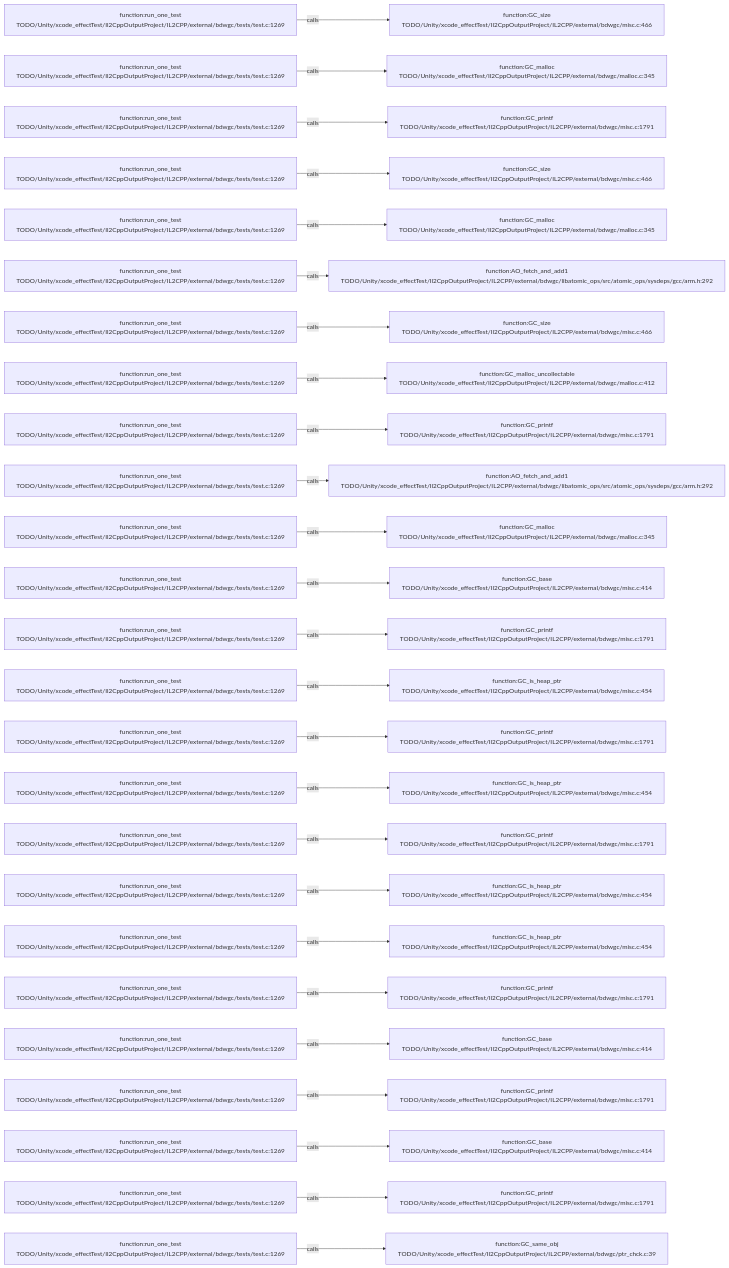
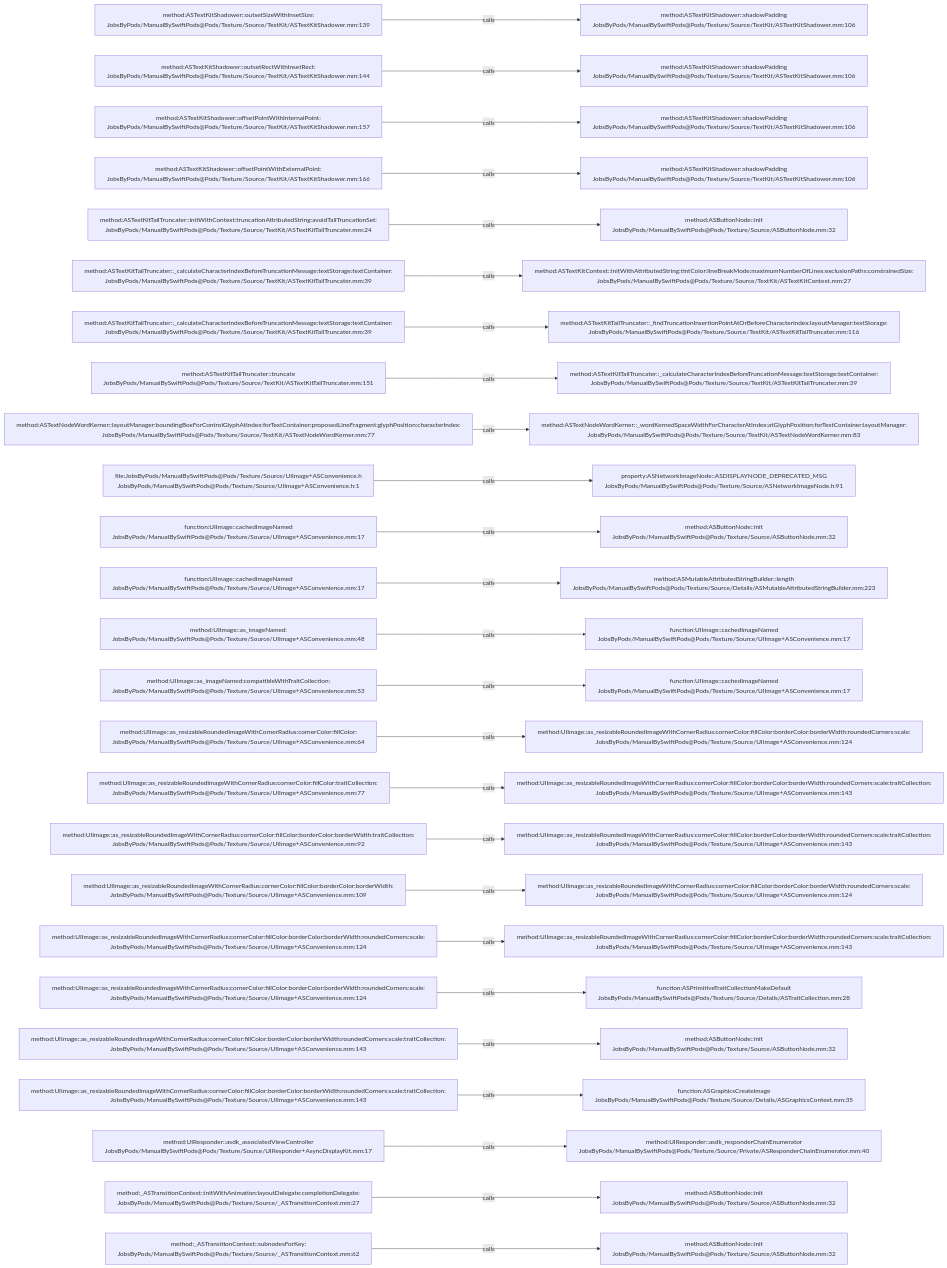
One commit to JobsKits/JobsSwiftBaseConfigDemo changed the diagram in .codegraph/codegraph.md/graphs/calls-170.md. Above: the diagram before and after it, drawn with Mermaid. The commit also changed 2959 other files, not shown here.

````diff
--- a/.codegraph/codegraph.md/graphs/calls-170.md
+++ b/.codegraph/codegraph.md/graphs/calls-170.md
@@ -13,78 +13,78 @@
 ```mermaid
 flowchart LR
-  S1["function:run_one_test<br/>TODO/Unity/xcode_effectTest/Il2CppOutputProject/IL2CPP/external/bdwgc/tests/test.c:1269"]
-  T1["function:GC_size<br/>TODO/Unity/xcode_effectTest/Il2CppOutputProject/IL2CPP/external/bdwgc/misc.c:466"]
+  S1["method:ASTextKitShadower::outsetSizeWithInsetSize:<br/>JobsByPods/ManualBySwiftPods@Pods/Texture/Source/TextKit/ASTextKitShadower.mm:139"]
+  T1["method:ASTextKitShadower::shadowPadding<br/>JobsByPods/ManualBySwiftPods@Pods/Texture/Source/TextKit/ASTextKitShadower.mm:106"]
   S1 -->|calls| T1
-  S2["function:run_one_test<br/>TODO/Unity/xcode_effectTest/Il2CppOutputProject/IL2CPP/external/bdwgc/tests/test.c:1269"]
-  T2["function:GC_malloc<br/>TODO/Unity/xcode_effectTest/Il2CppOutputProject/IL2CPP/external/bdwgc/malloc.c:345"]
+  S2["method:ASTextKitShadower::outsetRectWithInsetRect:<br/>JobsByPods/ManualBySwiftPods@Pods/Texture/Source/TextKit/ASTextKitShadower.mm:144"]
+  T2["method:ASTextKitShadower::shadowPadding<br/>JobsByPods/ManualBySwiftPods@Pods/Texture/Source/TextKit/ASTextKitShadower.mm:106"]
   S2 -->|calls| T2
-  S3["function:run_one_test<br/>TODO/Unity/xcode_effectTest/Il2CppOutputProject/IL2CPP/external/bdwgc/tests/test.c:1269"]
-  T3["function:GC_printf<br/>TODO/Unity/xcode_effectTest/Il2CppOutputProject/IL2CPP/external/bdwgc/misc.c:1791"]
+  S3["method:ASTextKitShadower::offsetPointWithInternalPoint:<br/>JobsByPods/ManualBySwiftPods@Pods/Texture/Source/TextKit/ASTextKitShadower.mm:157"]
+  T3["method:ASTextKitShadower::shadowPadding<br/>JobsByPods/ManualBySwiftPods@Pods/Texture/Source/TextKit/ASTextKitShadower.mm:106"]
   S3 -->|calls| T3
-  S4["function:run_one_test<br/>TODO/Unity/xcode_effectTest/Il2CppOutputProject/IL2CPP/external/bdwgc/tests/test.c:1269"]
-  T4["function:GC_size<br/>TODO/Unity/xcode_effectTest/Il2CppOutputProject/IL2CPP/external/bdwgc/misc.c:466"]
+  S4["method:ASTextKitShadower::offsetPointWithExternalPoint:<br/>JobsByPods/ManualBySwiftPods@Pods/Texture/Source/TextKit/ASTextKitShadower.mm:166"]
+  T4["method:ASTextKitShadower::shadowPadding<br/>JobsByPods/ManualBySwiftPods@Pods/Texture/Source/TextKit/ASTextKitShadower.mm:106"]
   S4 -->|calls| T4
-  S5["function:run_one_test<br/>TODO/Unity/xcode_effectTest/Il2CppOutputProject/IL2CPP/external/bdwgc/tests/test.c:1269"]
-  T5["function:GC_malloc<br/>TODO/Unity/xcode_effectTest/Il2CppOutputProject/IL2CPP/external/bdwgc/malloc.c:345"]
+  S5["method:ASTextKitTailTruncater::initWithContext:truncationAttributedString:avoidTailTruncationSet:<br/>JobsByPods/ManualBySwiftPods@Pods/Texture/Source/TextKit/ASTextKitTailTruncater.mm:24"]
+  T5["method:ASButtonNode::init<br/>JobsByPods/ManualBySwiftPods@Pods/Texture/Source/ASButtonNode.mm:32"]
   S5 -->|calls| T5
-  S6["function:run_one_test<br/>TODO/Unity/xcode_effectTest/Il2CppOutputProject/IL2CPP/external/bdwgc/tests/test.c:1269"]
-  T6["function:AO_fetch_and_add1<br/>TODO/Unity/xcode_effectTest/Il2CppOutputProject/IL2CPP/external/bdwgc/libatomic_ops/src/atomic_ops/sysdeps/gcc/arm.h:292"]
+  S6["method:ASTextKitTailTruncater::_calculateCharacterIndexBeforeTruncationMessage:textStorage:textContainer:<br/>JobsByPods/ManualBySwiftPods@Pods/Texture/Source/TextKit/ASTextKitTailTruncater.mm:39"]
+  T6["method:ASTextKitContext::initWithAttributedString:tintColor:lineBreakMode:maximumNumberOfLines:exclusionPaths:constrainedSize:<br/>JobsByPods/ManualBySwiftPods@Pods/Texture/Source/TextKit/ASTextKitContext.mm:27"]
   S6 -->|calls| T6
-  S7["function:run_one_test<br/>TODO/Unity/xcode_effectTest/Il2CppOutputProject/IL2CPP/external/bdwgc/tests/test.c:1269"]
-  T7["function:GC_size<br/>TODO/Unity/xcode_effectTest/Il2CppOutputProject/IL2CPP/external/bdwgc/misc.c:466"]
+  S7["method:ASTextKitTailTruncater::_calculateCharacterIndexBeforeTruncationMessage:textStorage:textContainer:<br/>JobsByPods/ManualBySwiftPods@Pods/Texture/Source/TextKit/ASTextKitTailTruncater.mm:39"]
+  T7["method:ASTextKitTailTruncater::_findTruncationInsertionPointAtOrBeforeCharacterIndex:layoutManager:textStorage:<br/>JobsByPods/ManualBySwiftPods@Pods/Texture/Source/TextKit/ASTextKitTailTruncater.mm:116"]
   S7 -->|calls| T7
-  S8["function:run_one_test<br/>TODO/Unity/xcode_effectTest/Il2CppOutputProject/IL2CPP/external/bdwgc/tests/test.c:1269"]
-  T8["function:GC_malloc_uncollectable<br/>TODO/Unity/xcode_effectTest/Il2CppOutputProject/IL2CPP/external/bdwgc/malloc.c:412"]
+  S8["method:ASTextKitTailTruncater::truncate<br/>JobsByPods/ManualBySwiftPods@Pods/Texture/Source/TextKit/ASTextKitTailTruncater.mm:151"]
+  T8["method:ASTextKitTailTruncater::_calculateCharacterIndexBeforeTruncationMessage:textStorage:textContainer:<br/>JobsByPods/ManualBySwiftPods@Pods/Texture/Source/TextKit/ASTextKitTailTruncater.mm:39"]
   S8 -->|calls| T8
-  S9["function:run_one_test<br/>TODO/Unity/xcode_effectTest/Il2CppOutputProject/IL2CPP/external/bdwgc/tests/test.c:1269"]
-  T9["function:GC_printf<br/>TODO/Unity/xcode_effectTest/Il2CppOutputProject/IL2CPP/external/bdwgc/misc.c:1791"]
+  S9["method:ASTextNodeWordKerner::layoutManager:boundingBoxForControlGlyphAtIndex:forTextContainer:proposedLineFragment:glyphPosition:characterIndex:<br/>JobsByPods/ManualBySwiftPods@Pods/Texture/Source/TextKit/ASTextNodeWordKerner.mm:77"]
+  T9["method:ASTextNodeWordKerner::_wordKernedSpaceWidthForCharacterAtIndex:atGlyphPosition:forTextContainer:layoutManager:<br/>JobsByPods/ManualBySwiftPods@Pods/Texture/Source/TextKit/ASTextNodeWordKerner.mm:83"]
   S9 -->|calls| T9
-  S10["function:run_one_test<br/>TODO/Unity/xcode_effectTest/Il2CppOutputProject/IL2CPP/external/bdwgc/tests/test.c:1269"]
-  T10["function:AO_fetch_and_add1<br/>TODO/Unity/xcode_effectTest/Il2CppOutputProject/IL2CPP/external/bdwgc/libatomic_ops/src/atomic_ops/sysdeps/gcc/arm.h:292"]
+  S10["file:JobsByPods/ManualBySwiftPods@Pods/Texture/Source/UIImage+ASConvenience.h<br/>JobsByPods/ManualBySwiftPods@Pods/Texture/Source/UIImage+ASConvenience.h:1"]
+  T10["property:ASNetworkImageNode::ASDISPLAYNODE_DEPRECATED_MSG<br/>JobsByPods/ManualBySwiftPods@Pods/Texture/Source/ASNetworkImageNode.h:91"]
   S10 -->|calls| T10
-  S11["function:run_one_test<br/>TODO/Unity/xcode_effectTest/Il2CppOutputProject/IL2CPP/external/bdwgc/tests/test.c:1269"]
-  T11["function:GC_malloc<br/>TODO/Unity/xcode_effectTest/Il2CppOutputProject/IL2CPP/external/bdwgc/malloc.c:345"]
+  S11["function:UIImage::cachedImageNamed<br/>JobsByPods/ManualBySwiftPods@Pods/Texture/Source/UIImage+ASConvenience.mm:17"]
+  T11["method:ASButtonNode::init<br/>JobsByPods/ManualBySwiftPods@Pods/Texture/Source/ASButtonNode.mm:32"]
   S11 -->|calls| T11
-  S12["function:run_one_test<br/>TODO/Unity/xcode_effectTest/Il2CppOutputProject/IL2CPP/external/bdwgc/tests/test.c:1269"]
-  T12["function:GC_base<br/>TODO/Unity/xcode_effectTest/Il2CppOutputProject/IL2CPP/external/bdwgc/misc.c:414"]
+  S12["function:UIImage::cachedImageNamed<br/>JobsByPods/ManualBySwiftPods@Pods/Texture/Source/UIImage+ASConvenience.mm:17"]
+  T12["method:ASMutableAttributedStringBuilder::length<br/>JobsByPods/ManualBySwiftPods@Pods/Texture/Source/Details/ASMutableAttributedStringBuilder.mm:223"]
   S12 -->|calls| T12
-  S13["function:run_one_test<br/>TODO/Unity/xcode_effectTest/Il2CppOutputProject/IL2CPP/external/bdwgc/tests/test.c:1269"]
-  T13["function:GC_printf<br/>TODO/Unity/xcode_effectTest/Il2CppOutputProject/IL2CPP/external/bdwgc/misc.c:1791"]
+  S13["method:UIImage::as_imageNamed:<br/>JobsByPods/ManualBySwiftPods@Pods/Texture/Source/UIImage+ASConvenience.mm:48"]
+  T13["function:UIImage::cachedImageNamed<br/>JobsByPods/ManualBySwiftPods@Pods/Texture/Source/UIImage+ASConvenience.mm:17"]
   S13 -->|calls| T13
-  S14["function:run_one_test<br/>TODO/Unity/xcode_effectTest/Il2CppOutputProject/IL2CPP/external/bdwgc/tests/test.c:1269"]
-  T14["function:GC_is_heap_ptr<br/>TODO/Unity/xcode_effectTest/Il2CppOutputProject/IL2CPP/external/bdwgc/misc.c:454"]
+  S14["method:UIImage::as_imageNamed:compatibleWithTraitCollection:<br/>JobsByPods/ManualBySwiftPods@Pods/Texture/Source/UIImage+ASConvenience.mm:53"]
+  T14["function:UIImage::cachedImageNamed<br/>JobsByPods/ManualBySwiftPods@Pods/Texture/Source/UIImage+ASConvenience.mm:17"]
   S14 -->|calls| T14
-  S15["function:run_one_test<br/>TODO/Unity/xcode_effectTest/Il2CppOutputProject/IL2CPP/external/bdwgc/tests/test.c:1269"]
-  T15["function:GC_printf<br/>TODO/Unity/xcode_effectTest/Il2CppOutputProject/IL2CPP/external/bdwgc/misc.c:1791"]
+  S15["method:UIImage::as_resizableRoundedImageWithCornerRadius:cornerColor:fillColor:<br/>JobsByPods/ManualBySwiftPods@Pods/Texture/Source/UIImage+ASConvenience.mm:64"]
+  T15["method:UIImage::as_resizableRoundedImageWithCornerRadius:cornerColor:fillColor:borderColor:borderWidth:roundedCorners:scale:<br/>JobsByPods/ManualBySwiftPods@Pods/Texture/Source/UIImage+ASConvenience.mm:124"]
   S15 -->|calls| T15
-  S16["function:run_one_test<br/>TODO/Unity/xcode_effectTest/Il2CppOutputProject/IL2CPP/external/bdwgc/tests/test.c:1269"]
-  T16["function:GC_is_heap_ptr<br/>TODO/Unity/xcode_effectTest/Il2CppOutputProject/IL2CPP/external/bdwgc/misc.c:454"]
+  S16["method:UIImage::as_resizableRoundedImageWithCornerRadius:cornerColor:fillColor:traitCollection:<br/>JobsByPods/ManualBySwiftPods@Pods/Texture/Source/UIImage+ASConvenience.mm:77"]
+  T16["method:UIImage::as_resizableRoundedImageWithCornerRadius:cornerColor:fillColor:borderColor:borderWidth:roundedCorners:scale:traitCollection:<br/>JobsByPods/ManualBySwiftPods@Pods/Texture/Source/UIImage+ASConvenience.mm:143"]
   S16 -->|calls| T16
-  S17["function:run_one_test<br/>TODO/Unity/xcode_effectTest/Il2CppOutputProject/IL2CPP/external/bdwgc/tests/test.c:1269"]
-  T17["function:GC_printf<br/>TODO/Unity/xcode_effectTest/Il2CppOutputProject/IL2CPP/external/bdwgc/misc.c:1791"]
+  S17["method:UIImage::as_resizableRoundedImageWithCornerRadius:cornerColor:fillColor:borderColor:borderWidth:traitCollection:<br/>JobsByPods/ManualBySwiftPods@Pods/Texture/Source/UIImage+ASConvenience.mm:92"]
+  T17["method:UIImage::as_resizableRoundedImageWithCornerRadius:cornerColor:fillColor:borderColor:borderWidth:roundedCorners:scale:traitCollection:<br/>JobsByPods/ManualBySwiftPods@Pods/Texture/Source/UIImage+ASConvenience.mm:143"]
   S17 -->|calls| T17
-  S18["function:run_one_test<br/>TODO/Unity/xcode_effectTest/Il2CppOutputProject/IL2CPP/external/bdwgc/tests/test.c:1269"]
-  T18["function:GC_is_heap_ptr<br/>TODO/Unity/xcode_effectTest/Il2CppOutputProject/IL2CPP/external/bdwgc/misc.c:454"]
+  S18["method:UIImage::as_resizableRoundedImageWithCornerRadius:cornerColor:fillColor:borderColor:borderWidth:<br/>JobsByPods/ManualBySwiftPods@Pods/Texture/Source/UIImage+ASConvenience.mm:109"]
+  T18["method:UIImage::as_resizableRoundedImageWithCornerRadius:cornerColor:fillColor:borderColor:borderWidth:roundedCorners:scale:<br/>JobsByPods/ManualBySwiftPods@Pods/Texture/Source/UIImage+ASConvenience.mm:124"]
   S18 -->|calls| T18
-  S19["function:run_one_test<br/>TODO/Unity/xcode_effectTest/Il2CppOutputProject/IL2CPP/external/bdwgc/tests/test.c:1269"]
-  T19["function:GC_is_heap_ptr<br/>TODO/Unity/xcode_effectTest/Il2CppOutputProject/IL2CPP/external/bdwgc/misc.c:454"]
+  S19["method:UIImage::as_resizableRoundedImageWithCornerRadius:cornerColor:fillColor:borderColor:borderWidth:roundedCorners:scale:<br/>JobsByPods/ManualBySwiftPods@Pods/Texture/Source/UIImage+ASConvenience.mm:124"]
+  T19["method:UIImage::as_resizableRoundedImageWithCornerRadius:cornerColor:fillColor:borderColor:borderWidth:roundedCorners:scale:traitCollection:<br/>JobsByPods/ManualBySwiftPods@Pods/Texture/Source/UIImage+ASConvenience.mm:143"]
   S19 -->|calls| T19
-  S20["function:run_one_test<br/>TODO/Unity/xcode_effectTest/Il2CppOutputProject/IL2CPP/external/bdwgc/tests/test.c:1269"]
-  T20["function:GC_printf<br/>TODO/Unity/xcode_effectTest/Il2CppOutputProject/IL2CPP/external/bdwgc/misc.c:1791"]
+  S20["method:UIImage::as_resizableRoundedImageWithCornerRadius:cornerColor:fillColor:borderColor:borderWidth:roundedCorners:scale:<br/>JobsByPods/ManualBySwiftPods@Pods/Texture/Source/UIImage+ASConvenience.mm:124"]
+  T20["function:ASPrimitiveTraitCollectionMakeDefault<br/>JobsByPods/ManualBySwiftPods@Pods/Texture/Source/Details/ASTraitCollection.mm:28"]
   S20 -->|calls| T20
-  S21["function:run_one_test<br/>TODO/Unity/xcode_effectTest/Il2CppOutputProject/IL2CPP/external/bdwgc/tests/test.c:1269"]
-  T21["function:GC_base<br/>TODO/Unity/xcode_effectTest/Il2CppOutputProject/IL2CPP/external/bdwgc/misc.c:414"]
+  S21["method:UIImage::as_resizableRoundedImageWithCornerRadius:cornerColor:fillColor:borderColor:borderWidth:roundedCorners:scale:traitCollection:<br/>JobsByPods/ManualBySwiftPods@Pods/Texture/Source/UIImage+ASConvenience.mm:143"]
+  T21["method:ASButtonNode::init<br/>JobsByPods/ManualBySwiftPods@Pods/Texture/Source/ASButtonNode.mm:32"]
   S21 -->|calls| T21
-  S22["function:run_one_test<br/>TODO/Unity/xcode_effectTest/Il2CppOutputProject/IL2CPP/external/bdwgc/tests/test.c:1269"]
-  T22["function:GC_printf<br/>TODO/Unity/xcode_effectTest/Il2CppOutputProject/IL2CPP/external/bdwgc/misc.c:1791"]
+  S22["method:UIImage::as_resizableRoundedImageWithCornerRadius:cornerColor:fillColor:borderColor:borderWidth:roundedCorners:scale:traitCollection:<br/>JobsByPods/ManualBySwiftPods@Pods/Texture/Source/UIImage+ASConvenience.mm:143"]
+  T22["function:ASGraphicsCreateImage<br/>JobsByPods/ManualBySwiftPods@Pods/Texture/Source/Details/ASGraphicsContext.mm:35"]
   S22 -->|calls| T22
-  S23["function:run_one_test<br/>TODO/Unity/xcode_effectTest/Il2CppOutputProject/IL2CPP/external/bdwgc/tests/test.c:1269"]
-  T23["function:GC_base<br/>TODO/Unity/xcode_effectTest/Il2CppOutputProject/IL2CPP/external/bdwgc/misc.c:414"]
+  S23["method:UIResponder::asdk_associatedViewController<br/>JobsByPods/ManualBySwiftPods@Pods/Texture/Source/UIResponder+AsyncDisplayKit.mm:17"]
+  T23["method:UIResponder::asdk_responderChainEnumerator<br/>JobsByPods/ManualBySwiftPods@Pods/Texture/Source/Private/ASResponderChainEnumerator.mm:40"]
   S23 -->|calls| T23
-  S24["function:run_one_test<br/>TODO/Unity/xcode_effectTest/Il2CppOutputProject/IL2CPP/external/bdwgc/tests/test.c:1269"]
-  T24["function:GC_printf<br/>TODO/Unity/xcode_effectTest/Il2CppOutputProject/IL2CPP/external/bdwgc/misc.c:1791"]
+  S24["method:_ASTransitionContext::initWithAnimation:layoutDelegate:completionDelegate:<br/>JobsByPods/ManualBySwiftPods@Pods/Texture/Source/_ASTransitionContext.mm:27"]
+  T24["method:ASButtonNode::init<br/>JobsByPods/ManualBySwiftPods@Pods/Texture/Source/ASButtonNode.mm:32"]
   S24 -->|calls| T24
-  S25["function:run_one_test<br/>TODO/Unity/xcode_effectTest/Il2CppOutputProject/IL2CPP/external/bdwgc/tests/test.c:1269"]
-  T25["function:GC_same_obj<br/>TODO/Unity/xcode_effectTest/Il2CppOutputProject/IL2CPP/external/bdwgc/ptr_chck.c:39"]
+  S25["method:_ASTransitionContext::subnodesForKey:<br/>JobsByPods/ManualBySwiftPods@Pods/Texture/Source/_ASTransitionContext.mm:62"]
+  T25["method:ASButtonNode::init<br/>JobsByPods/ManualBySwiftPods@Pods/Texture/Source/ASButtonNode.mm:32"]
   S25 -->|calls| T25
 ```
````
